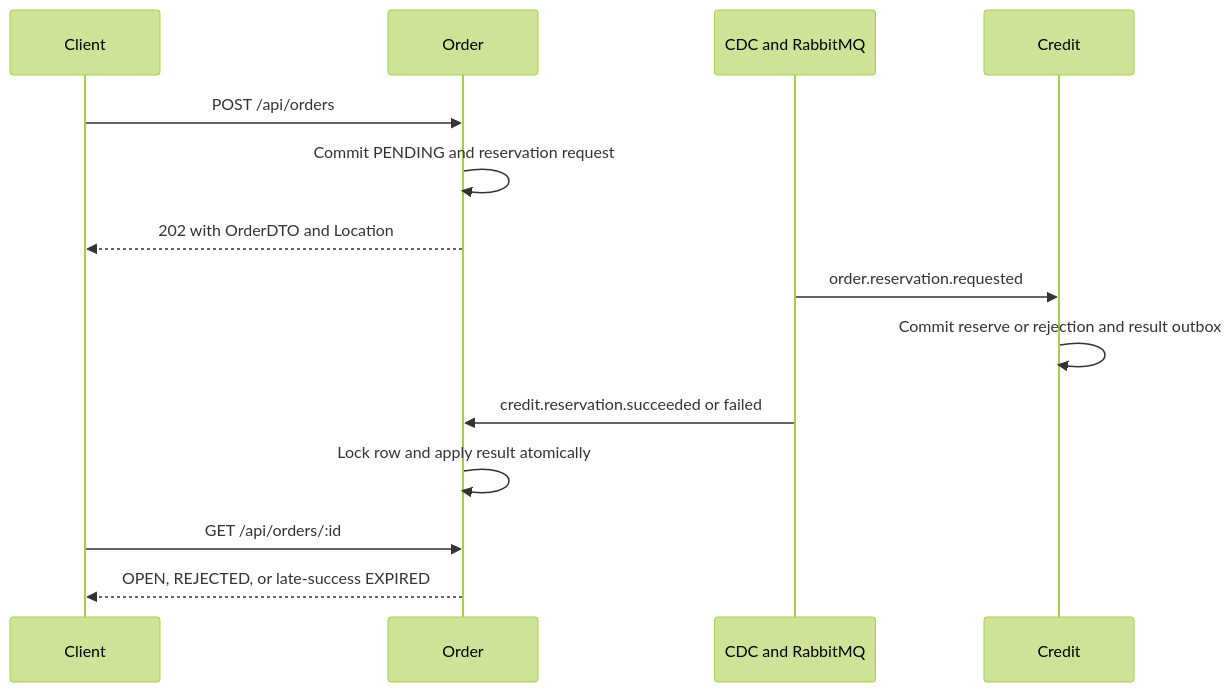
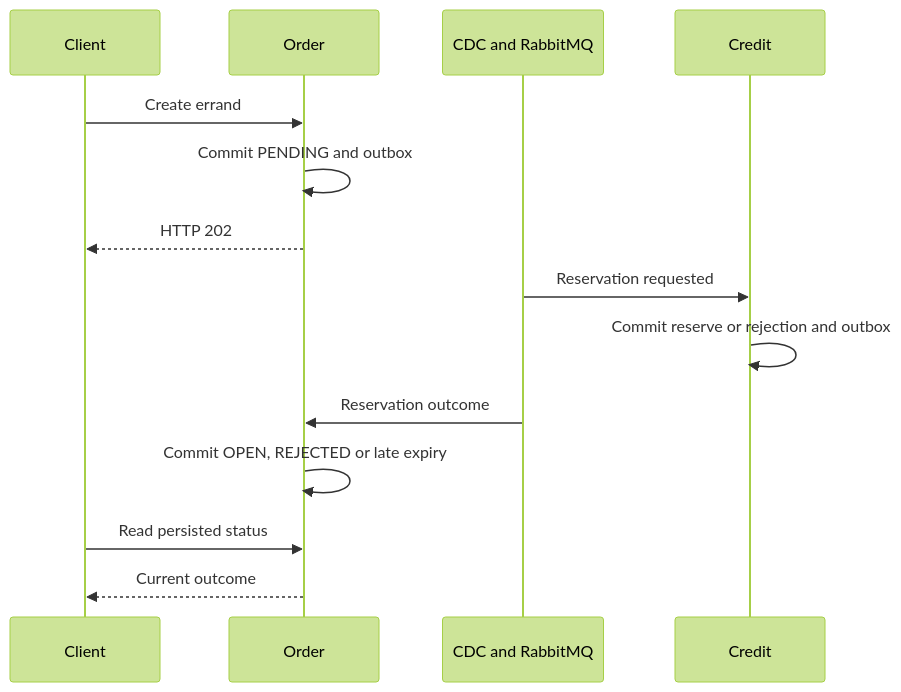
Before and after one commit to AY2627S1-CS3219-P25/friend-on-campus: the diagram in docs/architecture/communication-and-events.md, drawn with Mermaid (forest theme). The commit also changed other lines of this file and 63 other files, not shown here.

````diff
--- a/docs/architecture/communication-and-events.md
+++ b/docs/architecture/communication-and-events.md
@@ -38,17 +38,17 @@
 ```mermaid
 %% AI-generated (edited by Reallyeasy1)
 sequenceDiagram
   participant Client
   participant Order
-  participant CDC as CDC and RabbitMQ
+  participant Events as CDC and RabbitMQ
   participant Credit
-  Client->>Order: POST /api/orders
-  Order->>Order: Commit PENDING and reservation request
-  Order-->>Client: 202 with OrderDTO and Location
-  CDC->>Credit: order.reservation.requested
-  Credit->>Credit: Commit reserve or rejection and result outbox
-  CDC->>Order: credit.reservation.succeeded or failed
-  Order->>Order: Lock row and apply result atomically
-  Client->>Order: GET /api/orders/:id
-  Order-->>Client: OPEN, REJECTED, or late-success EXPIRED
+  Client->>Order: Create errand
+  Order->>Order: Commit PENDING and outbox
+  Order-->>Client: HTTP 202
+  Events->>Credit: Reservation requested
+  Credit->>Credit: Commit reserve or rejection and outbox
+  Events->>Order: Reservation outcome
+  Order->>Order: Commit OPEN, REJECTED or late expiry
+  Client->>Order: Read persisted status
+  Order-->>Client: Current outcome
 ```
````
